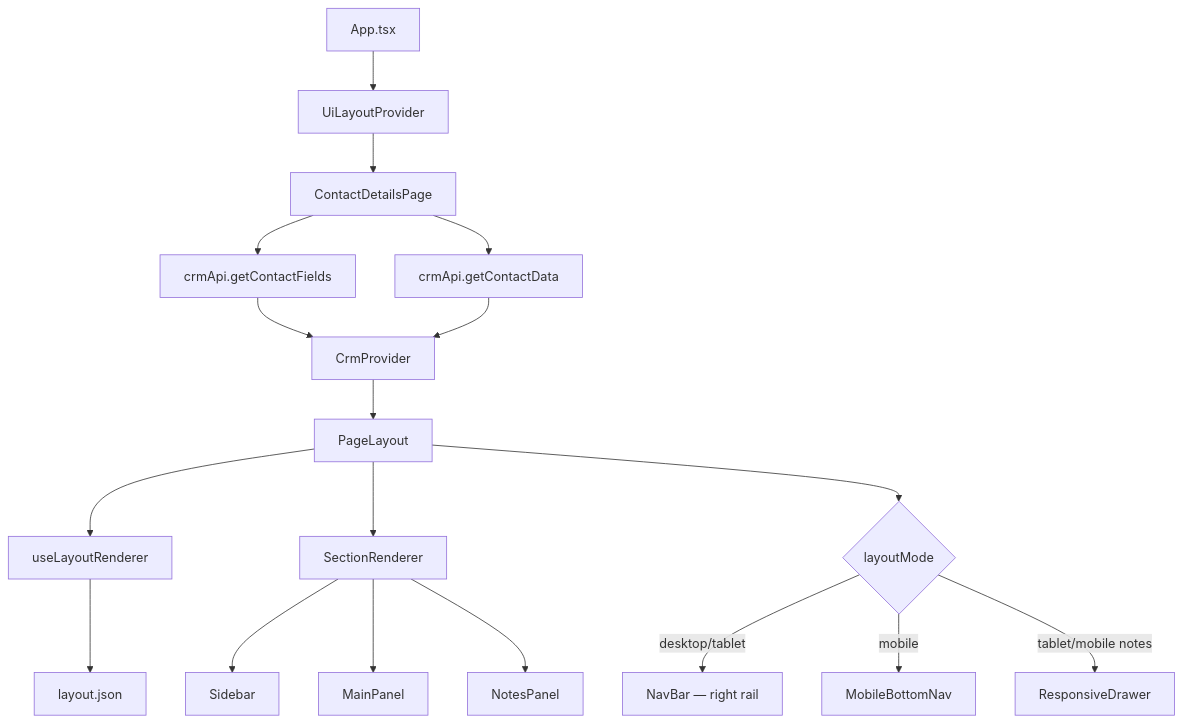
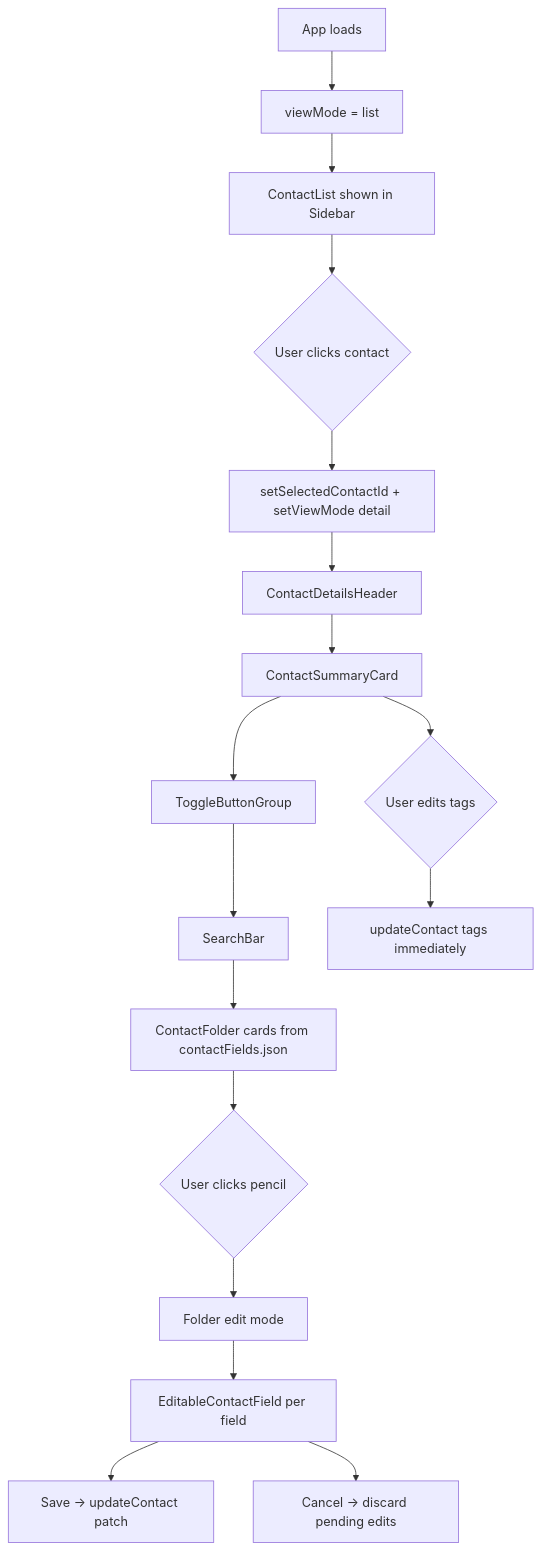
Before and after one commit to Vivek2610/config-driven-crm: the third of 7 diagrams in README.md, drawn with Mermaid. The commit also changed other lines of this file and 34 other files, not shown here.

````diff
--- a/README.md
+++ b/README.md
@@ -162,22 +916,21 @@
 ```mermaid
 flowchart TD
-    A[App.tsx] --> B[UiLayoutProvider]
-    B --> C[ContactDetailsPage]
-    C --> D[crmApi.getContactFields]
-    C --> E[crmApi.getContactData]
-    D --> F[CrmProvider]
-    E --> F
-    F --> G[PageLayout]
+    A[App loads] --> B[viewMode = list]
+    B --> C[ContactList shown in Sidebar]
+    C --> D{User clicks contact}
+    D --> E[setSelectedContactId + setViewMode detail]
+    E --> F[ContactDetailsHeader]
+    F --> G[ContactSummaryCard]
+    G --> H[ToggleButtonGroup]
+    H --> I[SearchBar]
+    I --> J[ContactFolder cards from contactFields.json]
 
-    G --> H[useLayoutRenderer]
-    H --> I[layout.json]
-    G --> J[SectionRenderer]
-    J --> K[Sidebar]
-    J --> L[MainPanel]
-    J --> M[NotesPanel]
+    J --> K{User clicks pencil}
+    K --> L[Folder edit mode]
+    L --> M[EditableContactField per field]
+    M --> N[Save → updateContact patch]
+    M --> O[Cancel → discard pending edits]
 
-    G --> N{layoutMode}
-    N -->|desktop/tablet| O[NavBar — right rail]
-    N -->|mobile| P[MobileBottomNav]
-    N -->|tablet/mobile notes| Q[ResponsiveDrawer]
+    G --> P{User edits tags}
+    P --> Q[updateContact tags immediately]
 ```
````
